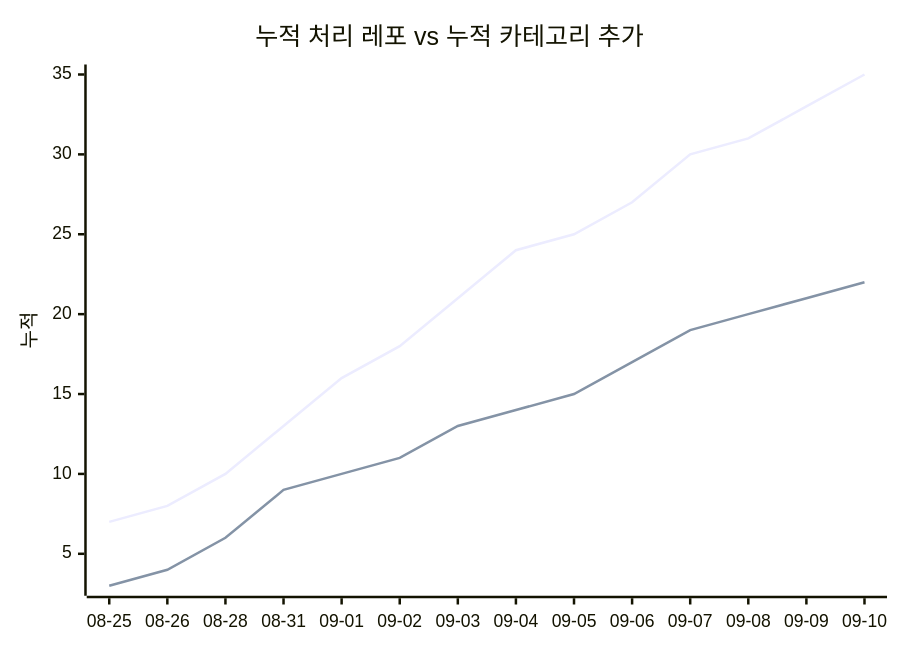
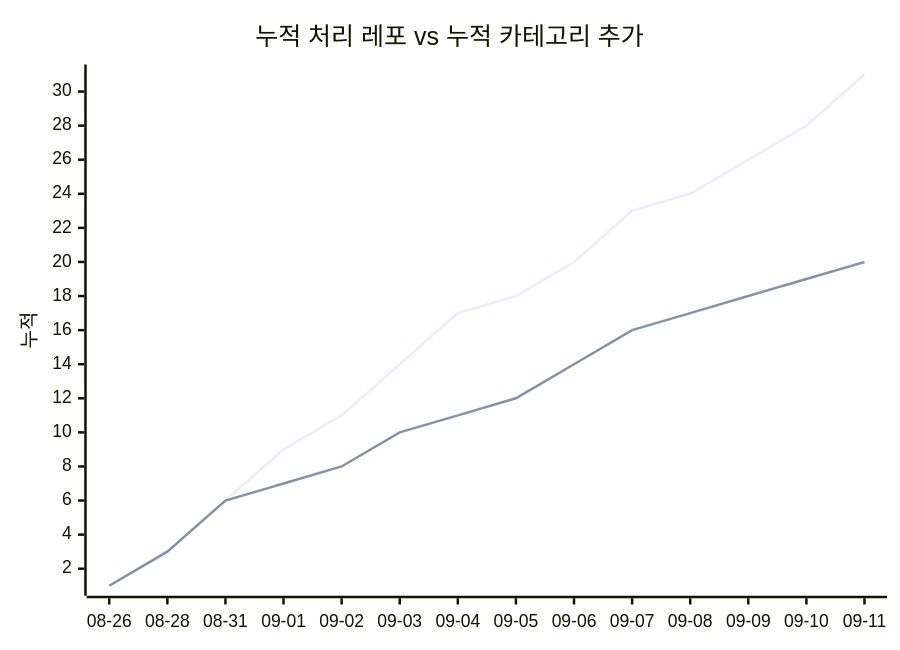
The second of 2 diagrams in docs/trends.md (J-nowcow/awesome-korean-agent-skills), drawn with Mermaid before and after one commit. The commit also changed other lines of this file and 3 other files, not shown here.

````diff
--- a/docs/trends.md
+++ b/docs/trends.md
@@ -68,8 +68,8 @@
 ```mermaid
 xychart-beta
     title "누적 처리 레포 vs 누적 카테고리 추가"
-    x-axis ["08-25","08-26","08-28","08-31","09-01","09-02","09-03","09-04","09-05","09-06","09-07","09-08","09-09","09-10"]
+    x-axis ["08-26","08-28","08-31","09-01","09-02","09-03","09-04","09-05","09-06","09-07","09-08","09-09","09-10","09-11"]
     y-axis "누적"
-    line [7,8,10,13,16,18,21,24,25,27,30,31,33,35]
-    line [3,4,6,9,10,11,13,14,15,17,19,20,21,22]
+    line [1,3,6,9,11,14,17,18,20,23,24,26,28,31]
+    line [1,3,6,7,8,10,11,12,14,16,17,18,19,20]
 ```
````
